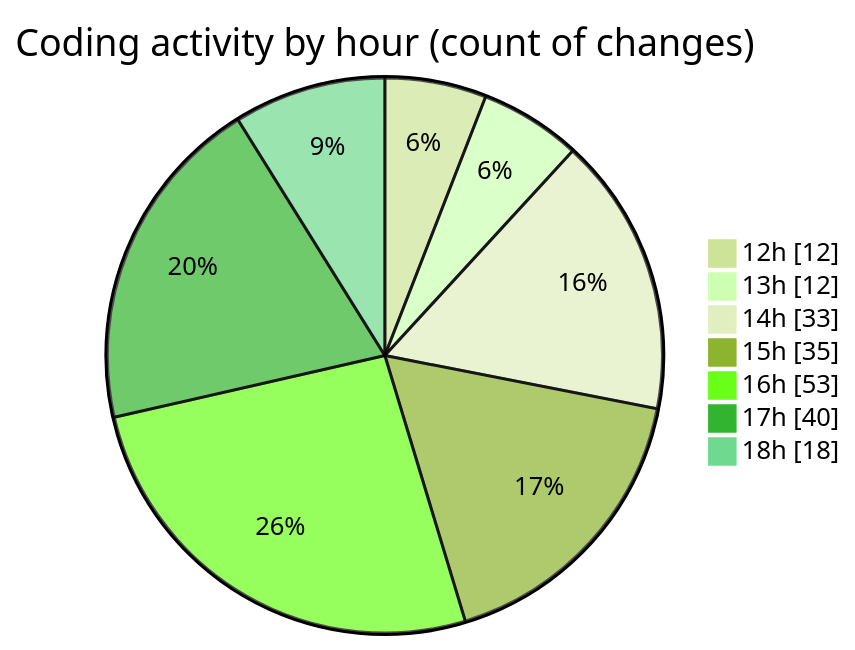
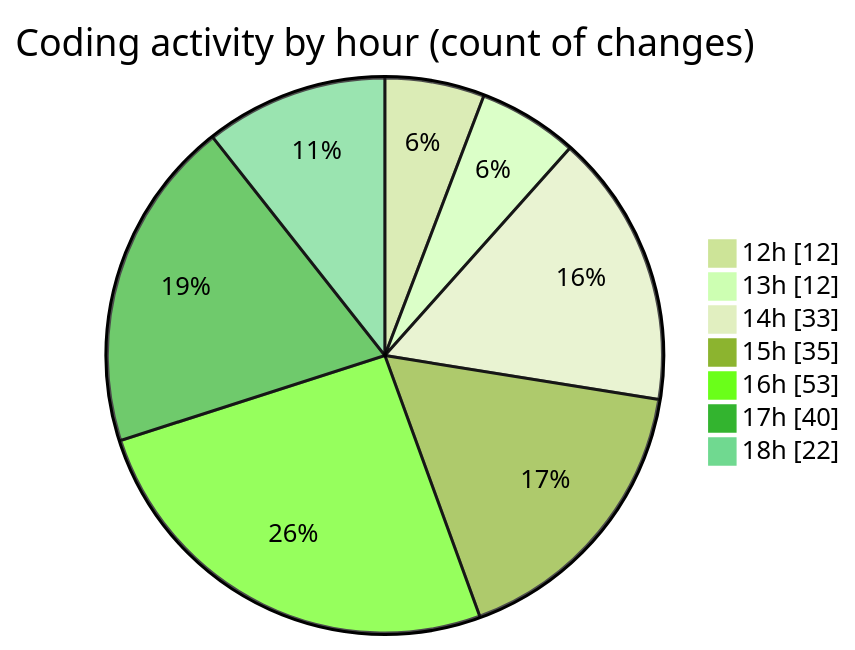
The second of 2 diagrams in 2025-09-24/cda/README.md (momahboobian/code-tracking), drawn with Mermaid (forest theme) before and after one commit. The commit also changed other lines of this file and 1 other file, not shown here.

````diff
--- a/2025-09-24/cda/README.md
+++ b/2025-09-24/cda/README.md
@@ -45,11 +45,11 @@
 ```mermaid
 pie showData
 title Coding activity by hour (count of changes)
 "12h" : 12
 "13h" : 12
 "14h" : 33
 "15h" : 35
 "16h" : 53
 "17h" : 40
-"18h" : 18
+"18h" : 22
 ```
````
